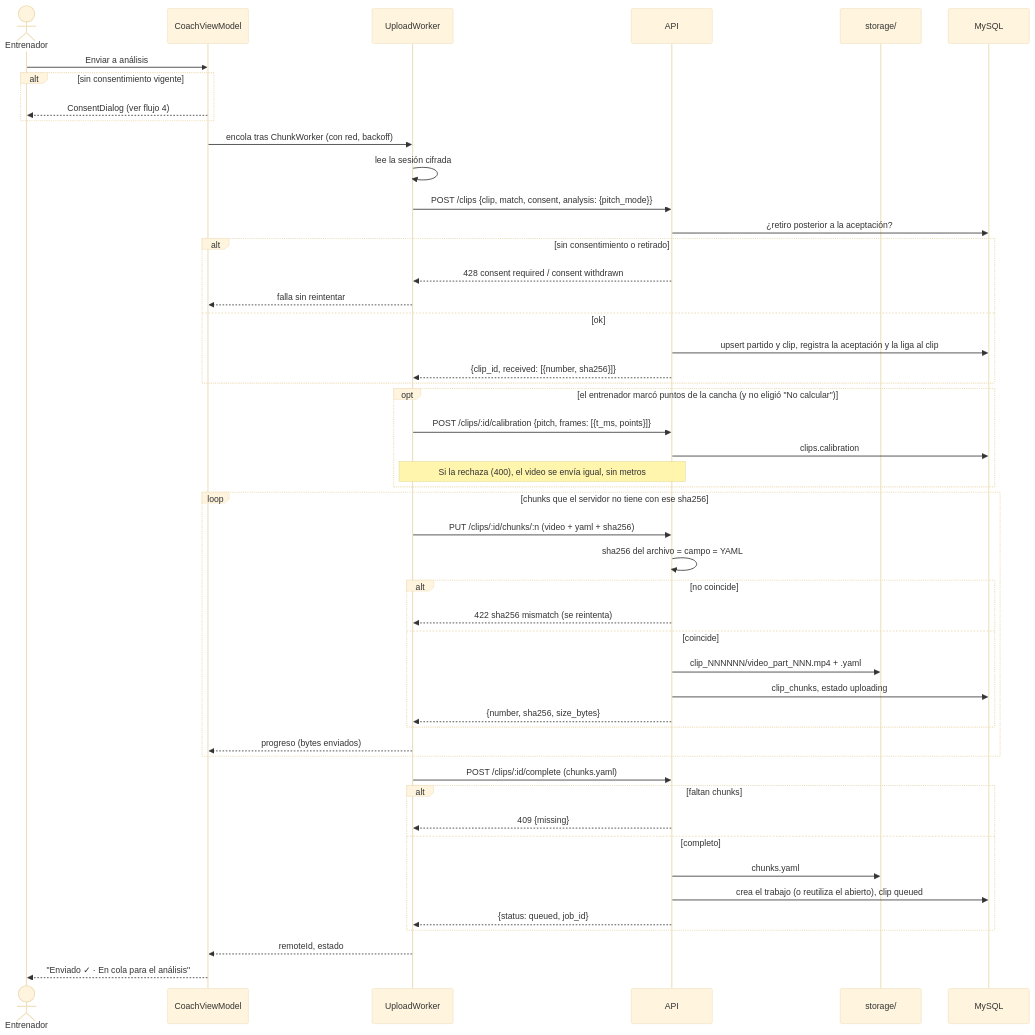
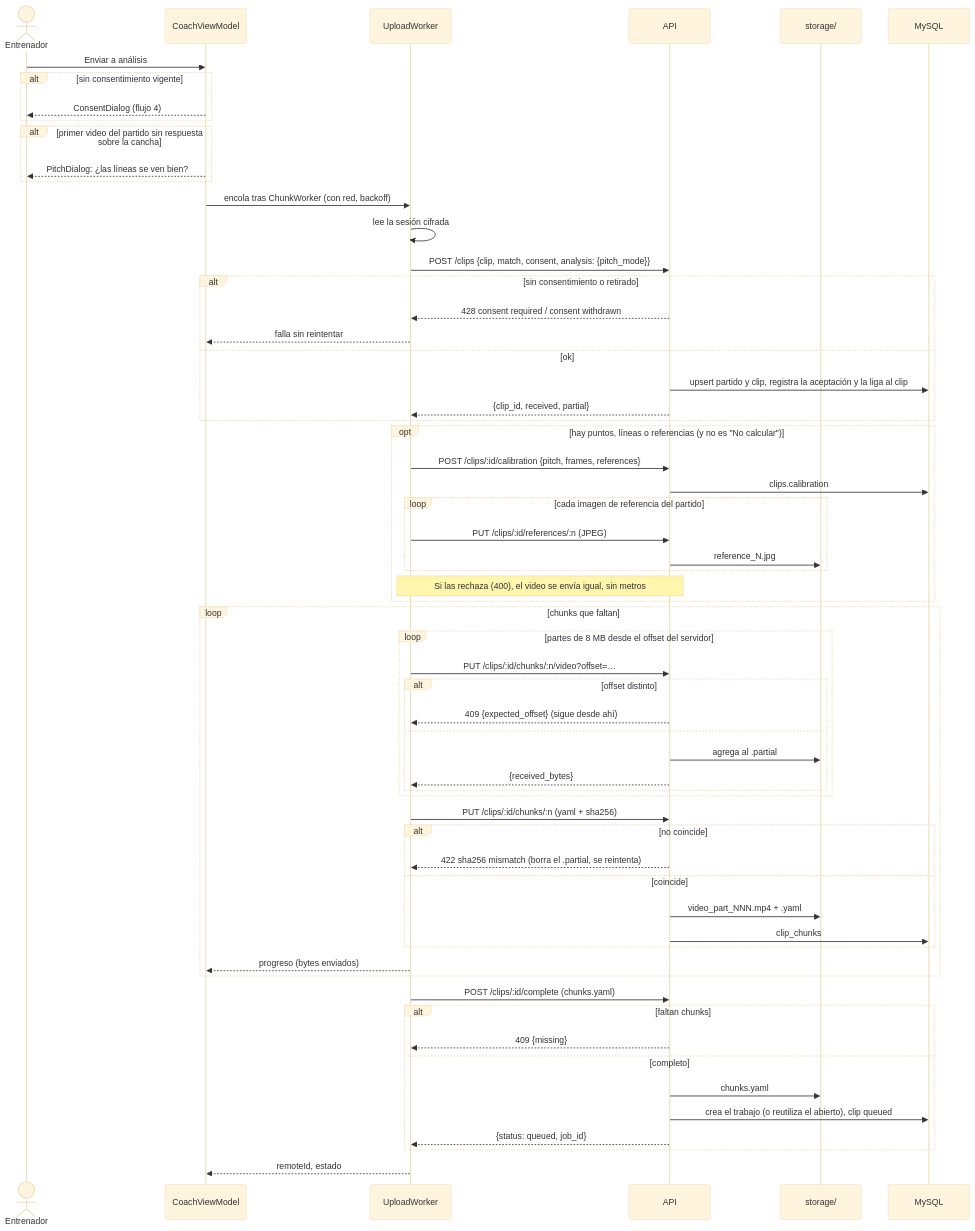
The third of 7 diagrams in docs/arquitectura/04-flujos.md (pepemxl/meta-ai-hackathon-2026), drawn with Mermaid (base theme) before and after one commit. The commit also changed other lines of this file and 16 other files, not shown here.

````diff
--- a/docs/arquitectura/04-flujos.md
+++ b/docs/arquitectura/04-flujos.md
@@ -64,52 +64,64 @@
 ```mermaid
 sequenceDiagram
     actor E as Entrenador
     participant VM as CoachViewModel
     participant UW as UploadWorker
     participant API as API
     participant FS as storage/
     participant DB as MySQL
 
     E->>VM: Enviar a análisis
     alt sin consentimiento vigente
-        VM-->>E: ConsentDialog (ver flujo 4)
+        VM-->>E: ConsentDialog (flujo 4)
+    end
+    alt primer video del partido sin respuesta sobre la cancha
+        VM-->>E: PitchDialog: ¿las líneas se ven bien?
     end
     VM->>UW: encola tras ChunkWorker (con red, backoff)
     UW->>UW: lee la sesión cifrada
     UW->>API: POST /clips {clip, match, consent, analysis: {pitch_mode}}
-    API->>DB: ¿retiro posterior a la aceptación?
     alt sin consentimiento o retirado
         API-->>UW: 428 consent required / consent withdrawn
         UW-->>VM: falla sin reintentar
     else ok
         API->>DB: upsert partido y clip, registra la aceptación y la liga al clip
-        API-->>UW: {clip_id, received: [{number, sha256}]}
+        API-->>UW: {clip_id, received, partial}
     end
-    opt el entrenador marcó puntos de la cancha (y no eligió "No calcular")
-        UW->>API: POST /clips/:id/calibration {pitch, frames: [{t_ms, points}]}
+    opt hay puntos, líneas o referencias (y no es "No calcular")
+        UW->>API: POST /clips/:id/calibration {pitch, frames, references}
         API->>DB: clips.calibration
-        Note over UW,API: Si la rechaza (400), el video se envía igual, sin metros
+        loop cada imagen de referencia del partido
+            UW->>API: PUT /clips/:id/references/:n (JPEG)
+            API->>FS: reference_N.jpg
+        end
+        Note over UW,API: Si las rechaza (400), el video se envía igual, sin metros
     end
-    loop chunks que el servidor no tiene con ese sha256
-        UW->>API: PUT /clips/:id/chunks/:n (video + yaml + sha256)
-        API->>API: sha256 del archivo = campo = YAML
+    loop chunks que faltan
+        loop partes de 8 MB desde el offset del servidor
+            UW->>API: PUT /clips/:id/chunks/:n/video?offset=…
+            alt offset distinto
+                API-->>UW: 409 {expected_offset} (sigue desde ahí)
+            else
+                API->>FS: agrega al .partial
+                API-->>UW: {received_bytes}
+            end
+        end
+        UW->>API: PUT /clips/:id/chunks/:n (yaml + sha256)
         alt no coincide
-            API-->>UW: 422 sha256 mismatch (se reintenta)
+            API-->>UW: 422 sha256 mismatch (borra el .partial, se reintenta)
         else coincide
-            API->>FS: clip_NNNNNN/video_part_NNN.mp4 + .yaml
-            API->>DB: clip_chunks, estado uploading
-            API-->>UW: {number, sha256, size_bytes}
+            API->>FS: video_part_NNN.mp4 + .yaml
+            API->>DB: clip_chunks
         end
         UW-->>VM: progreso (bytes enviados)
     end
     UW->>API: POST /clips/:id/complete (chunks.yaml)
     alt faltan chunks
         API-->>UW: 409 {missing}
     else completo
         API->>FS: chunks.yaml
         API->>DB: crea el trabajo (o reutiliza el abierto), clip queued
         API-->>UW: {status: queued, job_id}
     end
     UW-->>VM: remoteId, estado
-    VM-->>E: "Enviado ✓ · En cola para el análisis"
 ```
````
